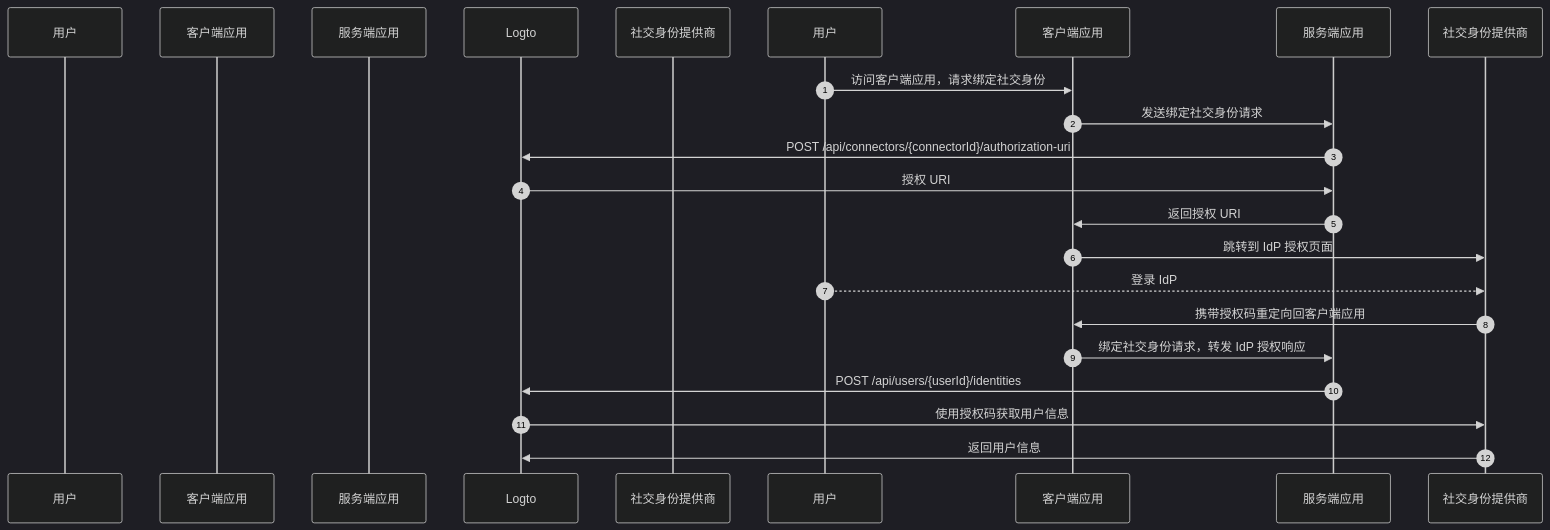
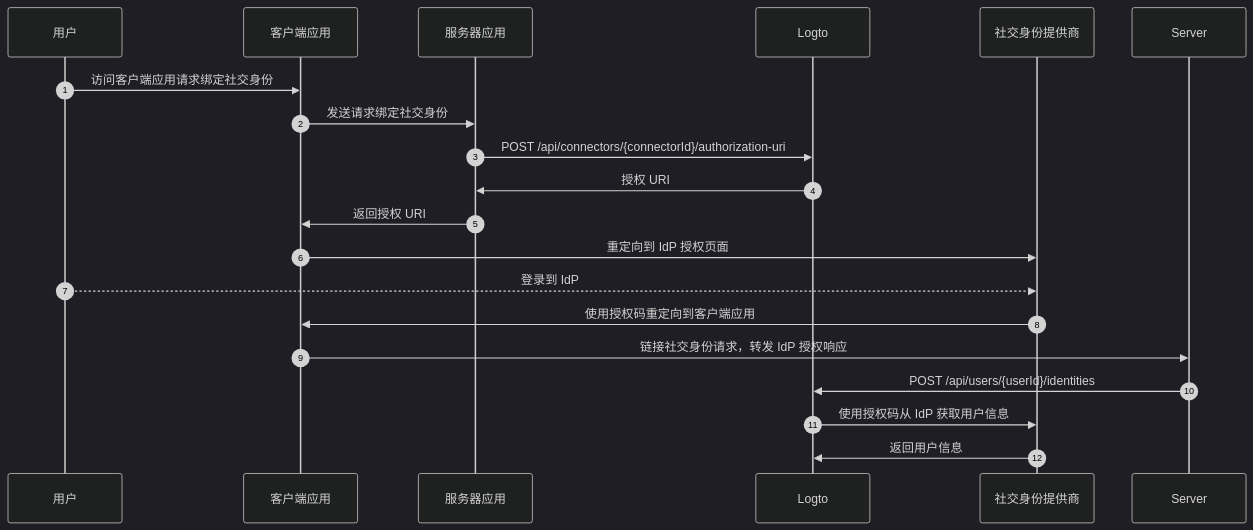
Before and after one commit to logto-io/docs: the third of 3 diagrams in i18n/zh-CN/docusaurus-plugin-content-docs/current/end-user-flows/account-settings/by-management-api.mdx, drawn with Mermaid (dark theme). The commit also changed other lines of this file and 102 other files, not shown here.

````diff
--- a/i18n/zh-CN/docusaurus-plugin-content-docs/current/end-user-flows/account-settings/by-management-api.mdx
+++ b/i18n/zh-CN/docusaurus-plugin-content-docs/current/end-user-flows/account-settings/by-management-api.mdx
@@ -120,22 +120,22 @@
 ```mermaid
 sequenceDiagram
     autoNumber
     participant User as 用户
     participant Client as 客户端应用
-    participant App as 服务端应用
+    participant App as 服务器应用
     participant Logto as Logto
     participant IdP as 社交身份提供商
 
-    用户 ->> 客户端应用: 访问客户端应用，请求绑定社交身份
-    客户端应用 ->> 服务端应用: 发送绑定社交身份请求
-    服务端应用 ->> Logto: POST /api/connectors/{connectorId}/authorization-uri
-    Logto ->> 服务端应用: 授权 URI
-    服务端应用 ->> 客户端应用: 返回授权 URI
-    客户端应用 ->> 社交身份提供商: 跳转到 IdP 授权页面
-    用户 -->> 社交身份提供商: 登录 IdP
-    社交身份提供商 ->> 客户端应用: 携带授权码重定向回客户端应用
-    客户端应用 ->> 服务端应用: 绑定社交身份请求，转发 IdP 授权响应
-    服务端应用 ->> Logto: POST /api/users/{userId}/identities
-    Logto ->> 社交身份提供商: 使用授权码获取用户信息
-    社交身份提供商 ->> Logto: 返回用户信息
+    User ->> Client: 访问客户端应用请求绑定社交身份
+    Client ->> App: 发送请求绑定社交身份
+    App ->> Logto: POST /api/connectors/{connectorId}/authorization-uri
+    Logto ->> App: 授权 URI
+    App ->> Client: 返回授权 URI
+    Client ->> IdP: 重定向到 IdP 授权页面
+    User -->> IdP: 登录到 IdP
+    IdP ->> Client: 使用授权码重定向到客户端应用
+    Client ->> Server: 链接社交身份请求，转发 IdP 授权响应
+    Server ->> Logto: POST /api/users/{userId}/identities
+    Logto ->> IdP: 使用授权码从 IdP 获取用户信息
+    IdP ->> Logto: 返回用户信息
 ```
````
